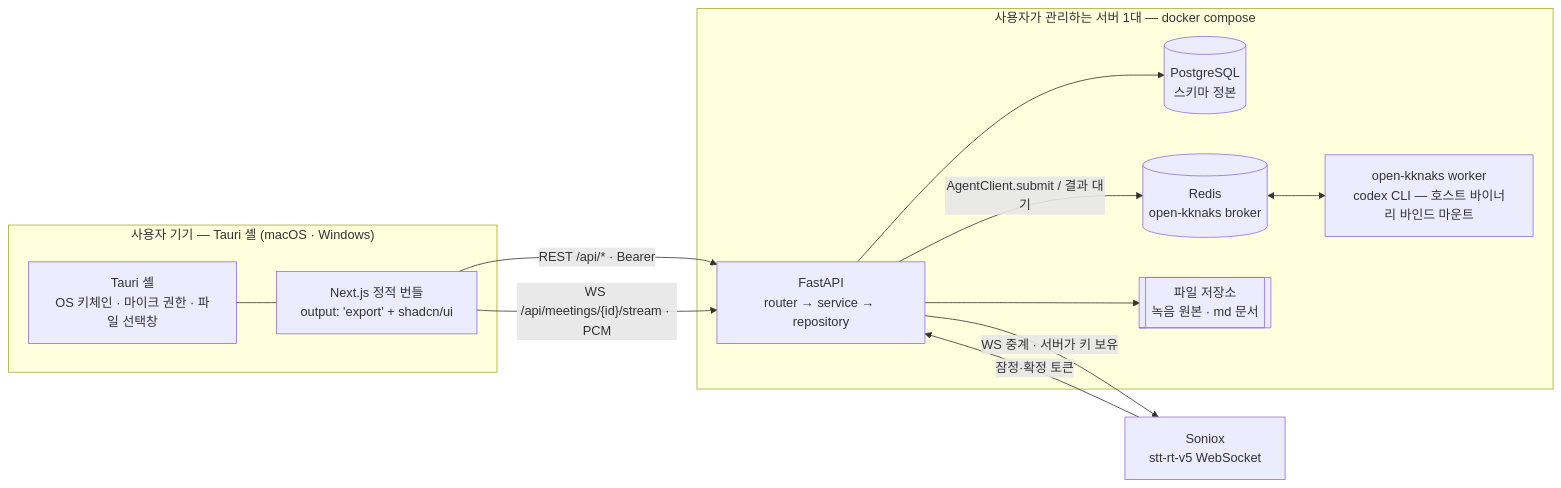
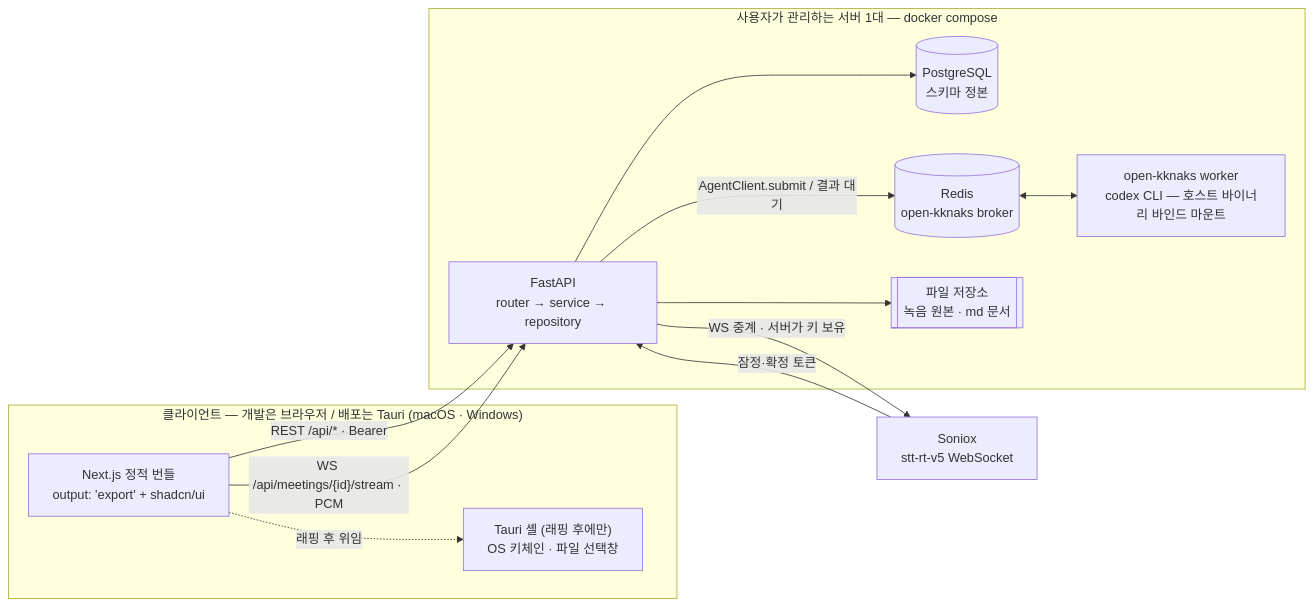
Before and after one commit to kknaks/kknaks_profile: the first of 4 diagrams in para/projects/summer-star/task-management/40-architecture/system/README.md, drawn with Mermaid. The commit also changed other lines of this file and 8 other files, not shown here.

````diff
--- a/para/projects/summer-star/task-management/40-architecture/system/README.md
+++ b/para/projects/summer-star/task-management/40-architecture/system/README.md
@@ -15,27 +18,27 @@
 ```mermaid
 flowchart LR
-  subgraph Desktop["사용자 기기 — Tauri 셸 (macOS · Windows)"]
-    Shell["Tauri 셸<br/>OS 키체인 · 마이크 권한 · 파일 선택창"]
+  subgraph Desktop["클라이언트 — 개발은 브라우저 / 배포는 Tauri (macOS · Windows)"]
     Web["Next.js 정적 번들<br/>output: 'export' + shadcn/ui"]
-    Shell --- Web
+    Shell["Tauri 셸 (래핑 후에만)<br/>OS 키체인 · 파일 선택창"]
+    Web -.->|"래핑 후 위임"| Shell
   end
 
   subgraph Server["사용자가 관리하는 서버 1대 — docker compose"]
     API["FastAPI<br/>router → service → repository"]
     PG[("PostgreSQL<br/>스키마 정본")]
     RD[("Redis<br/>open-kknaks broker")]
     FS[["파일 저장소<br/>녹음 원본 · md 문서"]]
     WK["open-kknaks worker<br/>codex CLI — 호스트 바이너리 바인드 마운트"]
   end
 
   SX["Soniox<br/>stt-rt-v5 WebSocket"]
 
   Web -- "REST /api/* · Bearer" --> API
   Web -- "WS /api/meetings/{id}/stream · PCM" --> API
   API -- "WS 중계 · 서버가 키 보유" --> SX
   SX -- "잠정·확정 토큰" --> API
   API --> PG
   API --> FS
   API -- "AgentClient.submit / 결과 대기" --> RD
   RD <--> WK
 ```
````
